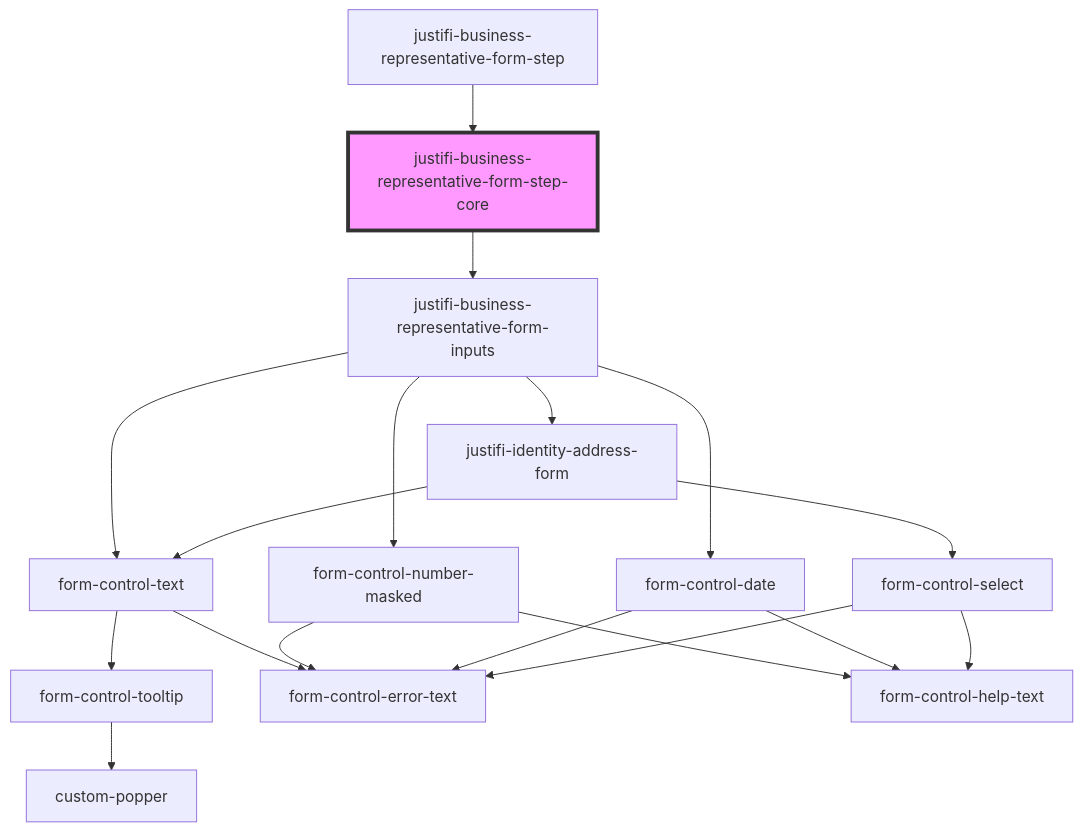
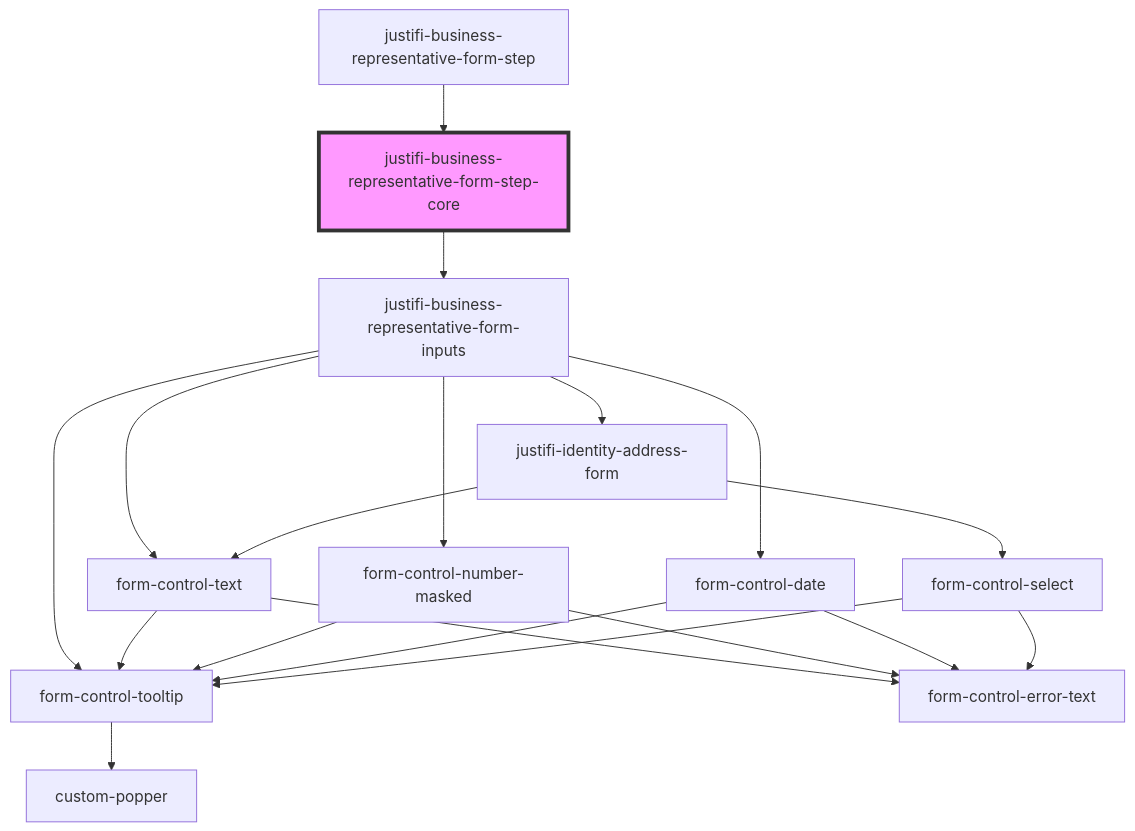
The diagram in packages/webcomponents/src/components/business-forms/payment-provisioning/business-representative/README.md (justifi-tech/web-component-library), drawn with Mermaid before and after one commit. The commit also changed 15 other files, not shown here.

Commit message:
Remove semi-colon from tooltip text, update readme files

````diff
--- a/packages/webcomponents/src/components/business-forms/payment-provisioning/business-representative/README.md
+++ b/packages/webcomponents/src/components/business-forms/payment-provisioning/business-representative/README.md
@@ -56,21 +56,22 @@
 ```mermaid
 graph TD;
   justifi-business-representative-form-step-core --> justifi-business-representative-form-inputs
+  justifi-business-representative-form-inputs --> form-control-tooltip
   justifi-business-representative-form-inputs --> form-control-text
   justifi-business-representative-form-inputs --> form-control-number-masked
   justifi-business-representative-form-inputs --> form-control-date
   justifi-business-representative-form-inputs --> justifi-identity-address-form
+  form-control-tooltip --> custom-popper
   form-control-text --> form-control-tooltip
   form-control-text --> form-control-error-text
-  form-control-tooltip --> custom-popper
-  form-control-number-masked --> form-control-help-text
+  form-control-number-masked --> form-control-tooltip
   form-control-number-masked --> form-control-error-text
-  form-control-date --> form-control-help-text
+  form-control-date --> form-control-tooltip
   form-control-date --> form-control-error-text
   justifi-identity-address-form --> form-control-text
   justifi-identity-address-form --> form-control-select
-  form-control-select --> form-control-help-text
+  form-control-select --> form-control-tooltip
   form-control-select --> form-control-error-text
   justifi-business-representative-form-step --> justifi-business-representative-form-step-core
   style justifi-business-representative-form-step-core fill:#f9f,stroke:#333,stroke-width:4px
 ```
````
